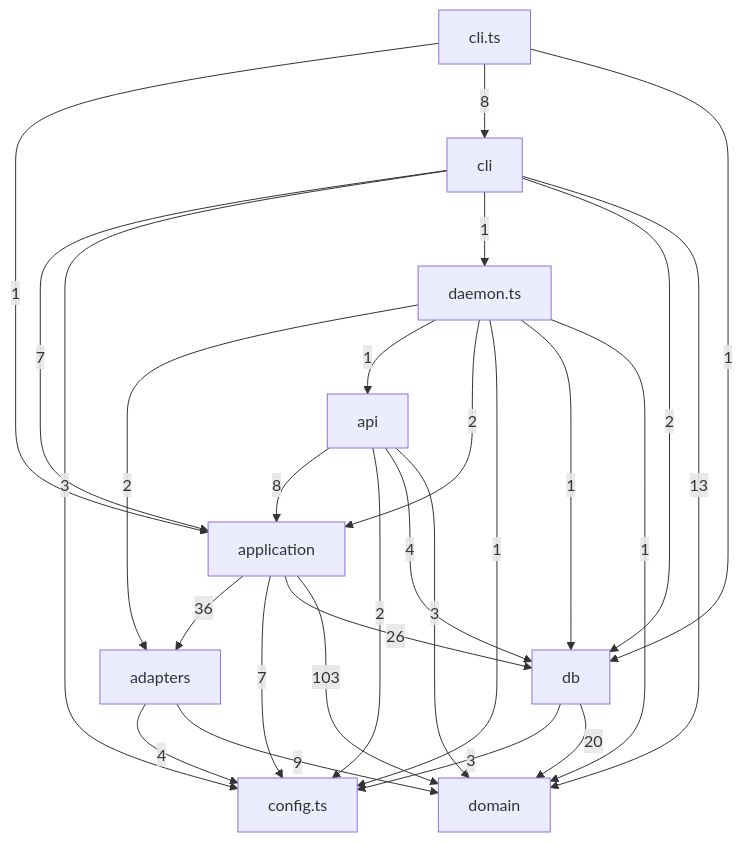
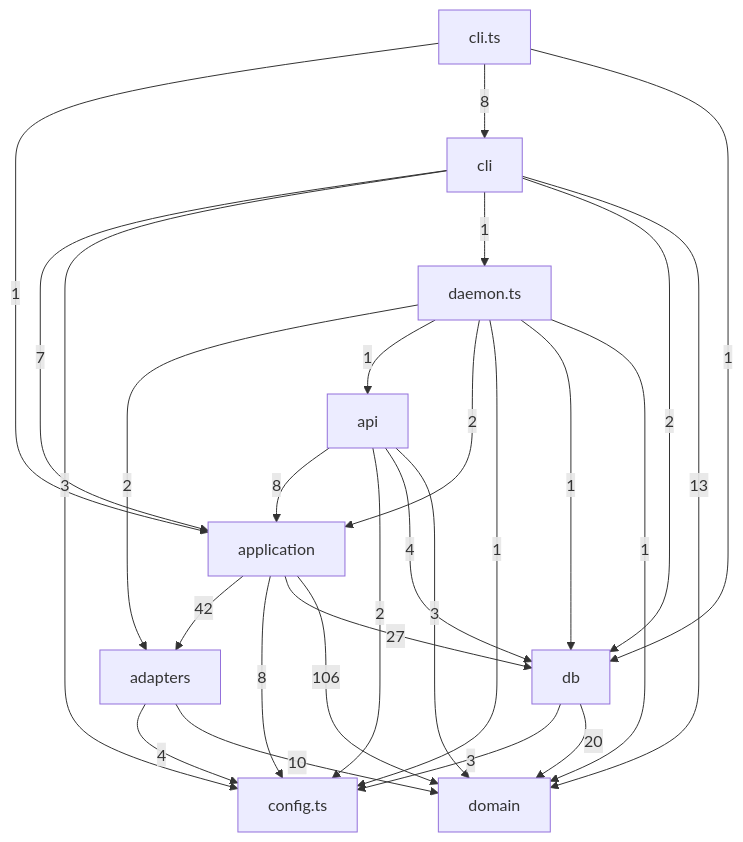
One commit to tomrobdev/agentdeck changed the third of 5 diagrams in docs/architecture.md. Above: the diagram before and after it, drawn with Mermaid. The commit also changed other lines of this file and 23 other files, not shown here.

````diff
--- a/docs/architecture.md
+++ b/docs/architecture.md
@@ -95,38 +99,38 @@
 ```mermaid
 flowchart TD
   adapters["adapters"]
   api["api"]
   application["application"]
   cli["cli"]
   cli_ts["cli.ts"]
   config_ts["config.ts"]
   daemon_ts["daemon.ts"]
   db["db"]
   domain["domain"]
   adapters -->|4| config_ts
-  adapters -->|9| domain
+  adapters -->|10| domain
   api -->|8| application
   api -->|2| config_ts
   api -->|4| db
   api -->|3| domain
-  application -->|36| adapters
-  application -->|7| config_ts
-  application -->|26| db
-  application -->|103| domain
+  application -->|42| adapters
+  application -->|8| config_ts
+  application -->|27| db
+  application -->|106| domain
   cli_ts -->|1| application
   cli_ts -->|8| cli
   cli_ts -->|1| db
   cli -->|7| application
   cli -->|3| config_ts
   cli -->|1| daemon_ts
   cli -->|2| db
   cli -->|13| domain
   daemon_ts -->|2| adapters
   daemon_ts -->|1| api
   daemon_ts -->|2| application
   daemon_ts -->|1| config_ts
   daemon_ts -->|1| db
   daemon_ts -->|1| domain
   db -->|3| config_ts
   db -->|20| domain
 ```
````
